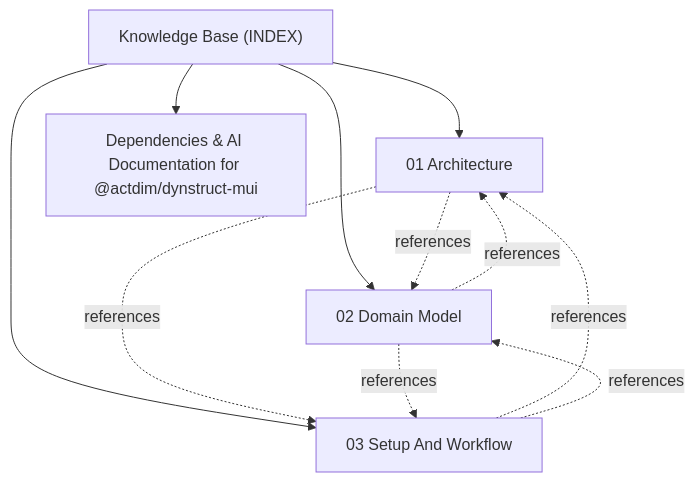
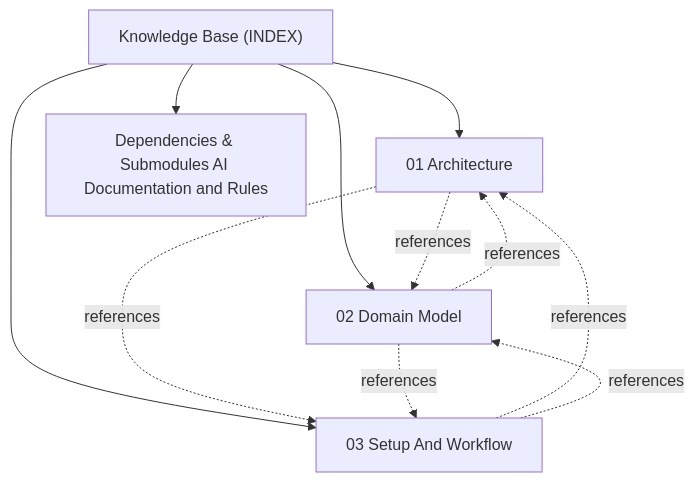
Before and after one commit to actdim/dynstruct-mui: the diagram in docs/INDEX.md, drawn with Mermaid. The commit also changed other lines of this file and 3 other files, not shown here.

````diff
--- a/docs/INDEX.md
+++ b/docs/INDEX.md
@@ -17,18 +17,18 @@
 ```mermaid
 flowchart TD
     INDEX["Knowledge Base (INDEX)"]
     T_ARCHITECTURE["01 Architecture"]
     INDEX --> T_ARCHITECTURE
-    T_DEPENDENCIES["Dependencies & AI Documentation for @actdim/dynstruct-mui"]
+    T_DEPENDENCIES["Dependencies & Submodules AI Documentation and Rules"]
     INDEX --> T_DEPENDENCIES
     T_DOMAIN_MODEL["02 Domain Model"]
     INDEX --> T_DOMAIN_MODEL
     T_SETUP_AND_WORKFLOW["03 Setup And Workflow"]
     INDEX --> T_SETUP_AND_WORKFLOW
     T_ARCHITECTURE -.->|references| T_DOMAIN_MODEL
     T_ARCHITECTURE -.->|references| T_SETUP_AND_WORKFLOW
     T_DOMAIN_MODEL -.->|references| T_ARCHITECTURE
     T_DOMAIN_MODEL -.->|references| T_SETUP_AND_WORKFLOW
     T_SETUP_AND_WORKFLOW -.->|references| T_ARCHITECTURE
     T_SETUP_AND_WORKFLOW -.->|references| T_DOMAIN_MODEL
 ```
````
